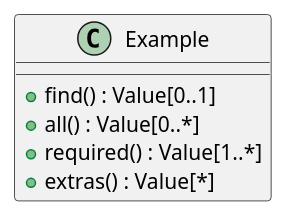
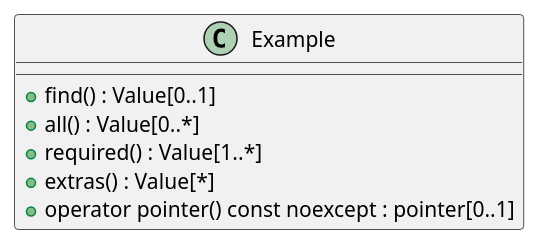
One commit to eclipse-score/tooling changed the fourth of 6 diagrams in plantuml/parser/docs/README.md. Above: the diagram before and after it, drawn with PlantUML. The commit also changed other lines of this file and 39 other files, not shown here.

````diff
--- a/plantuml/parser/docs/README.md
+++ b/plantuml/parser/docs/README.md
@@ -142,10 +208,11 @@
 ```plantuml
 @startuml return_multiplicity_demo
 class Example {
     +find() : Value[0..1]
     +all() : Value[0..*]
     +required() : Value[1..*]
     +extras() : Value[*]
+    +operator pointer() const noexcept : pointer[0..1]
 }
 @enduml
 ```
````
